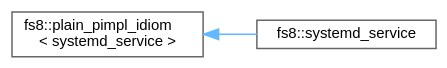
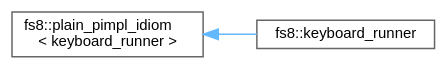
Before and after one commit to the-moisrex/foresight: the diagram in api/inherit_graph_107.dot, drawn with Graphviz. The commit also changed 175 other files, not shown here.

```diff
--- a/api/inherit_graph_107.dot
+++ b/api/inherit_graph_107.dot
@@ -1,11 +1,11 @@
 digraph "Graphical Class Hierarchy"
 {
  // LATEX_PDF_SIZE
   bgcolor="transparent";
   edge [fontname=Helvetica,fontsize=10,labelfontname=Helvetica,labelfontsize=10];
   node [fontname=Helvetica,fontsize=10,shape=box,height=0.2,width=0.4];
   rankdir="LR";
-  Node0 [id="Node000000",label="fs8::plain_pimpl_idiom\l\< systemd_service \>",height=0.2,width=0.4,color="grey40", fillcolor="white", style="filled",URL="$structfs8_1_1plain__pimpl__idiom.html",tooltip=" "];
-  Node0 -> Node1 [id="edge130_Node000000_Node000001",dir="back",color="steelblue1",style="solid",tooltip=" "];
-  Node1 [id="Node000001",label="fs8::systemd_service",height=0.2,width=0.4,color="grey40", fillcolor="white", style="filled",URL="$structfs8_1_1systemd__service.html",tooltip=" "];
+  Node0 [id="Node000000",label="fs8::plain_pimpl_idiom\l\< keyboard_runner \>",height=0.2,width=0.4,color="grey40", fillcolor="white", style="filled",URL="$structfs8_1_1plain__pimpl__idiom.html",tooltip=" "];
+  Node0 -> Node1 [id="edge129_Node000000_Node000001",dir="back",color="steelblue1",style="solid",tooltip=" "];
+  Node1 [id="Node000001",label="fs8::keyboard_runner",height=0.2,width=0.4,color="grey40", fillcolor="white", style="filled",URL="$structfs8_1_1keyboard__runner.html",tooltip=" "];
 }
```
